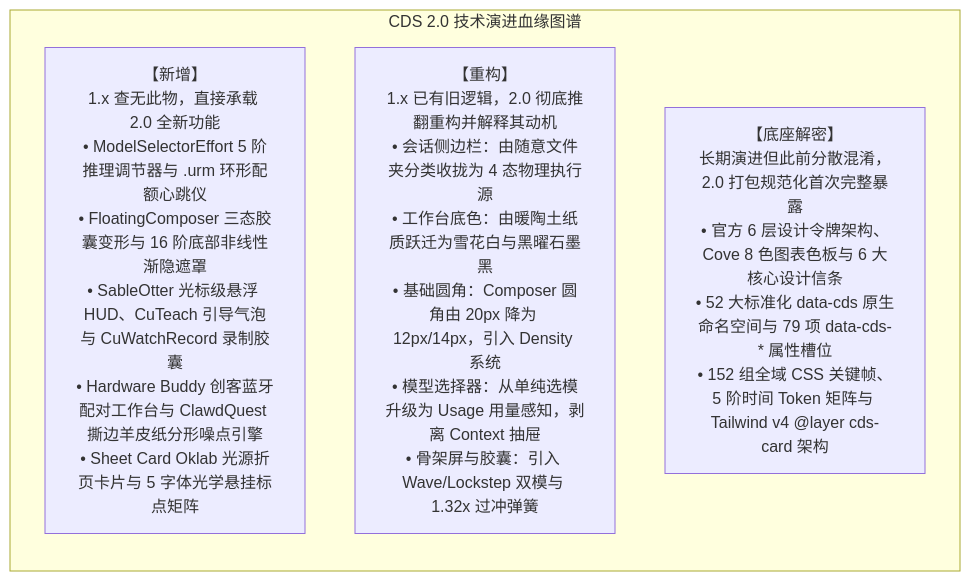
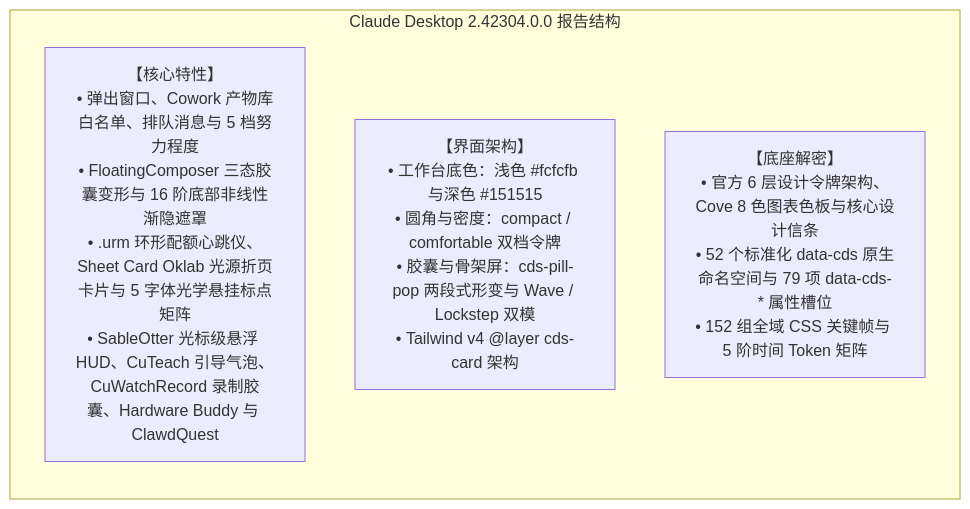
The diagram in docs/v2/01-综述与版本边界.md (sseymdoc/open-claude-ui), drawn with Mermaid before and after one commit. The commit also changed other lines of this file and 60 other files, not shown here.

````diff
--- a/docs/v2/01-综述与版本边界.md
+++ b/docs/v2/01-综述与版本边界.md
@@ -21,11 +21,11 @@
 ```mermaid
 graph TD
-    subgraph CDS_2_0_Provenance["CDS 2.0 技术演进血缘图谱"]
+    subgraph CDS_Report["Claude Desktop 2.42304.0.0 报告结构"]
         direction TB
-        L1["【新增】<br/>1.x 查无此物，直接承载 2.0 全新功能<br/>• ModelSelectorEffort 5 阶推理调节器与 .urm 环形配额心跳仪<br/>• FloatingComposer 三态胶囊变形与 16 阶底部非线性渐隐遮罩<br/>• SableOtter 光标级悬浮 HUD、CuTeach 引导气泡与 CuWatchRecord 录制胶囊<br/>• Hardware Buddy 创客蓝牙配对工作台与 ClawdQuest 撕边羊皮纸分形噪点引擎<br/>• Sheet Card Oklab 光源折页卡片与 5 字体光学悬挂标点矩阵"]
+        L1["【核心特性】<br/>• 弹出窗口、Cowork 产物库白名单、排队消息与 5 档努力程度<br/>• FloatingComposer 三态胶囊变形与 16 阶底部非线性渐隐遮罩<br/>• .urm 环形配额心跳仪、Sheet Card Oklab 光源折页卡片与 5 字体光学悬挂标点矩阵<br/>• SableOtter 光标级悬浮 HUD、CuTeach 引导气泡、CuWatchRecord 录制胶囊、Hardware Buddy 与 ClawdQuest"]
 
-        L2["【重构】<br/>1.x 已有旧逻辑，2.0 彻底推翻重构并解释其动机<br/>• 会话侧边栏：由随意文件夹分类收拢为 4 态物理执行源<br/>• 工作台底色：由暖陶土纸质跃迁为雪花白与黑曜石墨黑<br/>• 基础圆角：Composer 圆角由 20px 降为 12px/14px，引入 Density 系统<br/>• 模型选择器：从单纯选模升级为 Usage 用量感知，剥离 Context 抽屉<br/>• 骨架屏与胶囊：引入 Wave/Lockstep 双模与 1.32x 过冲弹簧"]
+        L2["【界面架构】<br/>• 工作台底色：浅色 #fcfcfb 与深色 #151515<br/>• 圆角与密度：compact / comfortable 双档令牌<br/>• 胶囊与骨架屏：cds-pill-pop 两段式形变与 Wave / Lockstep 双模<br/>• Tailwind v4 @layer cds-card 架构"]
 
-        L3["【底座解密】<br/>长期演进但此前分散混淆，2.0 打包规范化首次完整暴露<br/>• 官方 6 层设计令牌架构、Cove 8 色图表色板与 6 大核心设计信条<br/>• 52 大标准化 data-cds 原生命名空间与 79 项 data-cds-* 属性槽位<br/>• 152 组全域 CSS 关键帧、5 阶时间 Token 矩阵与 Tailwind v4 @layer cds-card 架构"]
+        L3["【底座解密】<br/>• 官方 6 层设计令牌架构、Cove 8 色图表色板与核心设计信条<br/>• 52 个标准化 data-cds 原生命名空间与 79 项 data-cds-* 属性槽位<br/>• 152 组全域 CSS 关键帧与 5 阶时间 Token 矩阵"]
     end
 ```
````
